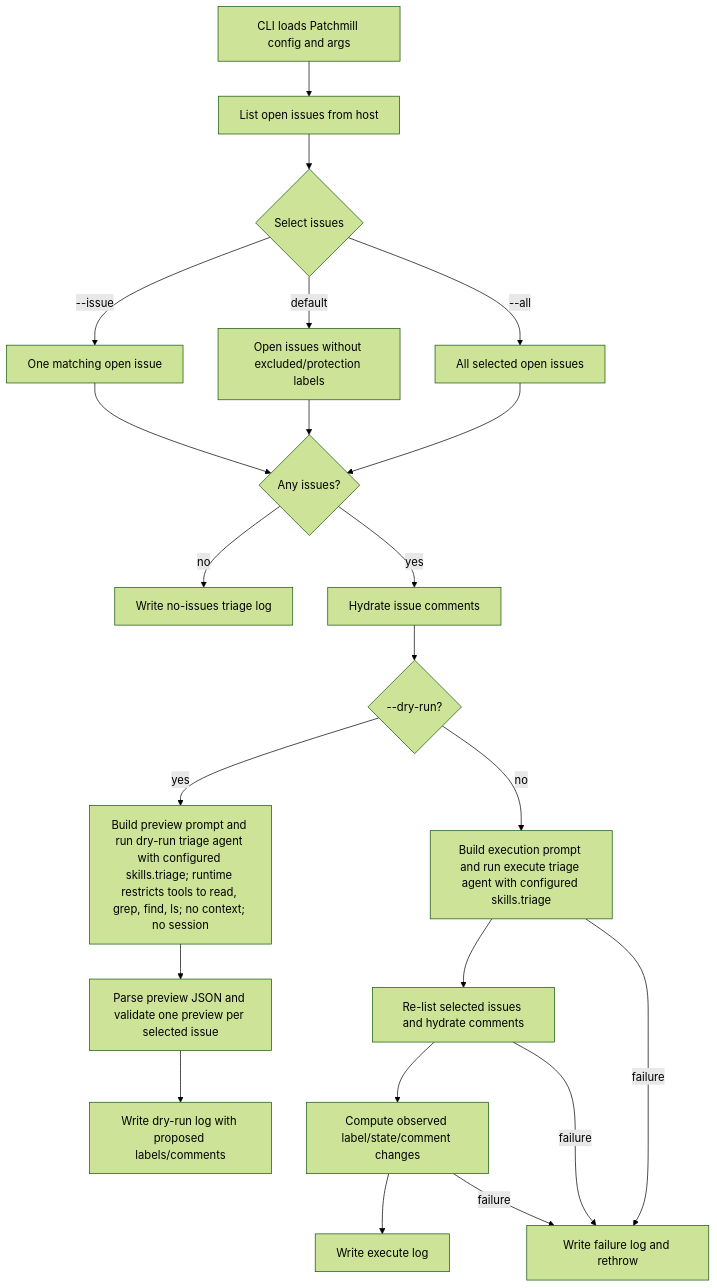
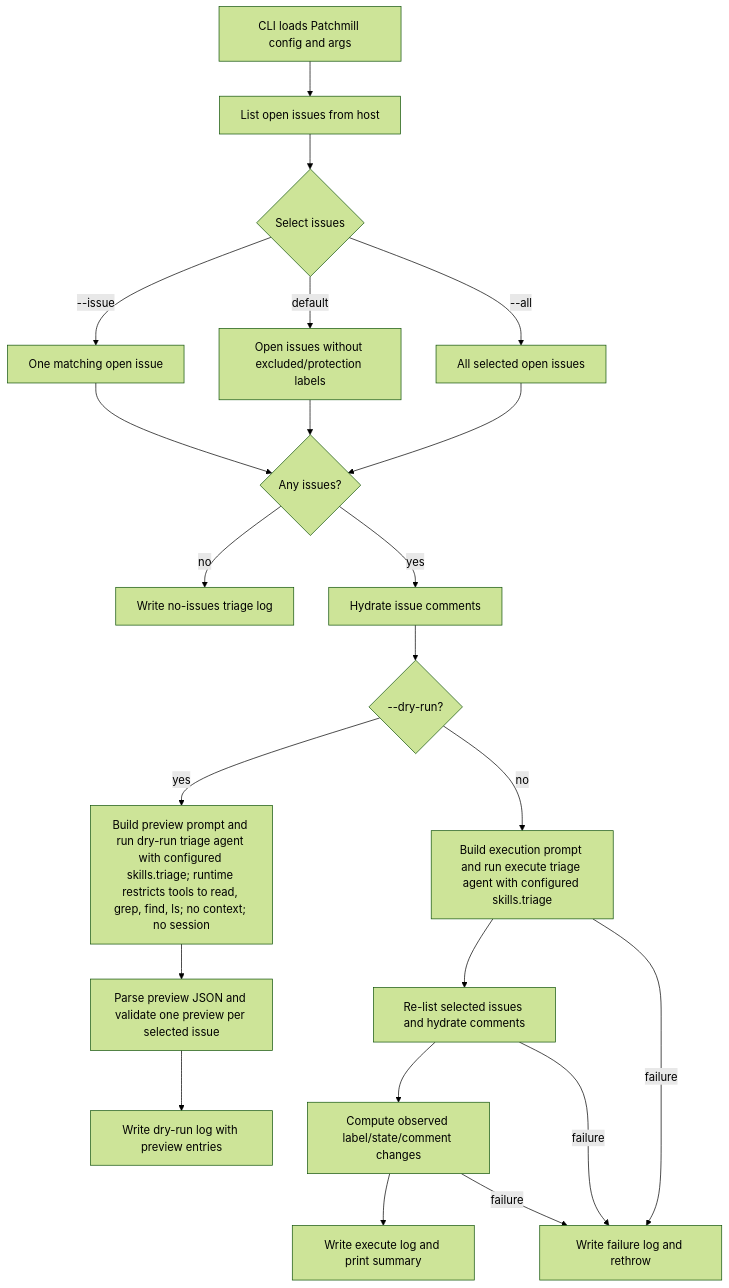
The first of 2 diagrams in docs/issue-agent-workflows.md (rochecompaan/patchmill), drawn with Mermaid (forest theme) before and after one commit. The commit also changed other lines of this file and 3 other files, not shown here.

````diff
--- a/docs/issue-agent-workflows.md
+++ b/docs/issue-agent-workflows.md
@@ -33,24 +40,24 @@
 ```mermaid
 flowchart TD
   A[CLI loads Patchmill config and args] --> B[List open issues from host]
   B --> C{Select issues}
   C -->|--issue| C1[One matching open issue]
   C -->|default| C2[Open issues without excluded/protection labels]
   C -->|--all| C3[All selected open issues]
   C1 --> D{Any issues?}
   C2 --> D
   C3 --> D
   D -->|no| Z[Write no-issues triage log]
   D -->|yes| E[Hydrate issue comments]
   E --> F{--dry-run?}
   F -->|yes| G[Build preview prompt and run dry-run triage agent with configured skills.triage; runtime restricts tools to read, grep, find, ls; no context; no session]
   G --> H[Parse preview JSON and validate one preview per selected issue]
-  H --> I[Write dry-run log with proposed labels/comments]
+  H --> I[Write dry-run log with preview entries]
   F -->|no| J[Build execution prompt and run execute triage agent with configured skills.triage]
   J --> K[Re-list selected issues and hydrate comments]
   K --> L[Compute observed label/state/comment changes]
-  L --> M[Write execute log]
+  L --> M[Write execute log and print summary]
   J -->|failure| N[Write failure log and rethrow]
   K -->|failure| N
   L -->|failure| N
 ```
````
